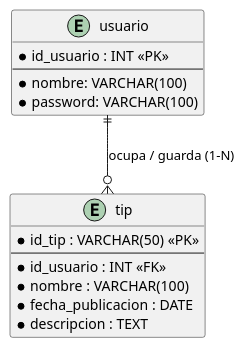
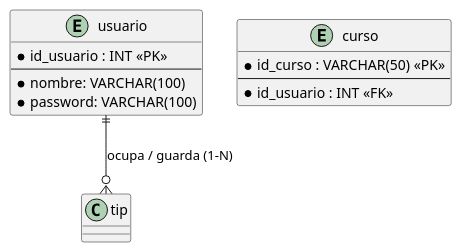
The diagram in Aprendizaje.puml (areyes4rmdfa-dev/Examen2Reyes), drawn with PlantUML before and after one commit. The commit also changed 1 other file, not shown here.

```diff
--- a/Aprendizaje.puml
+++ b/Aprendizaje.puml
@@ -2,21 +2,18 @@
 @startuml
 
 entity "usuario" as usuario {
     *id_usuario : INT <<PK>>
     --
     *nombre: VARCHAR(100)
     *password: VARCHAR(100)
 }
 
-entity "tip" as tip {
-    *id_tip : VARCHAR(50) <<PK>>
+entity "curso" as curso {
+    *id_curso : VARCHAR(50) <<PK>>
     --
     *id_usuario : INT <<FK>>
-    *nombre : VARCHAR(100)
-    *fecha_publicacion : DATE
-    *descripcion : TEXT
 }
 
 usuario ||--o{ tip : "ocupa / guarda (1-N)"
 
 @enduml
```
